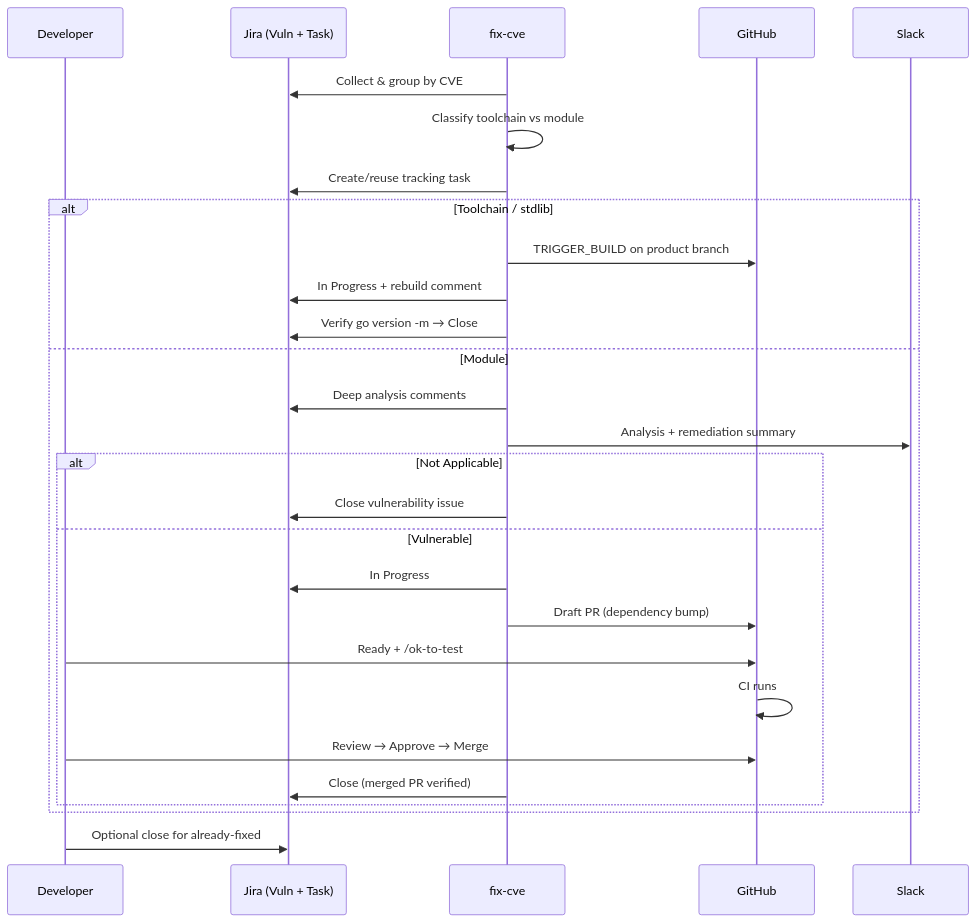
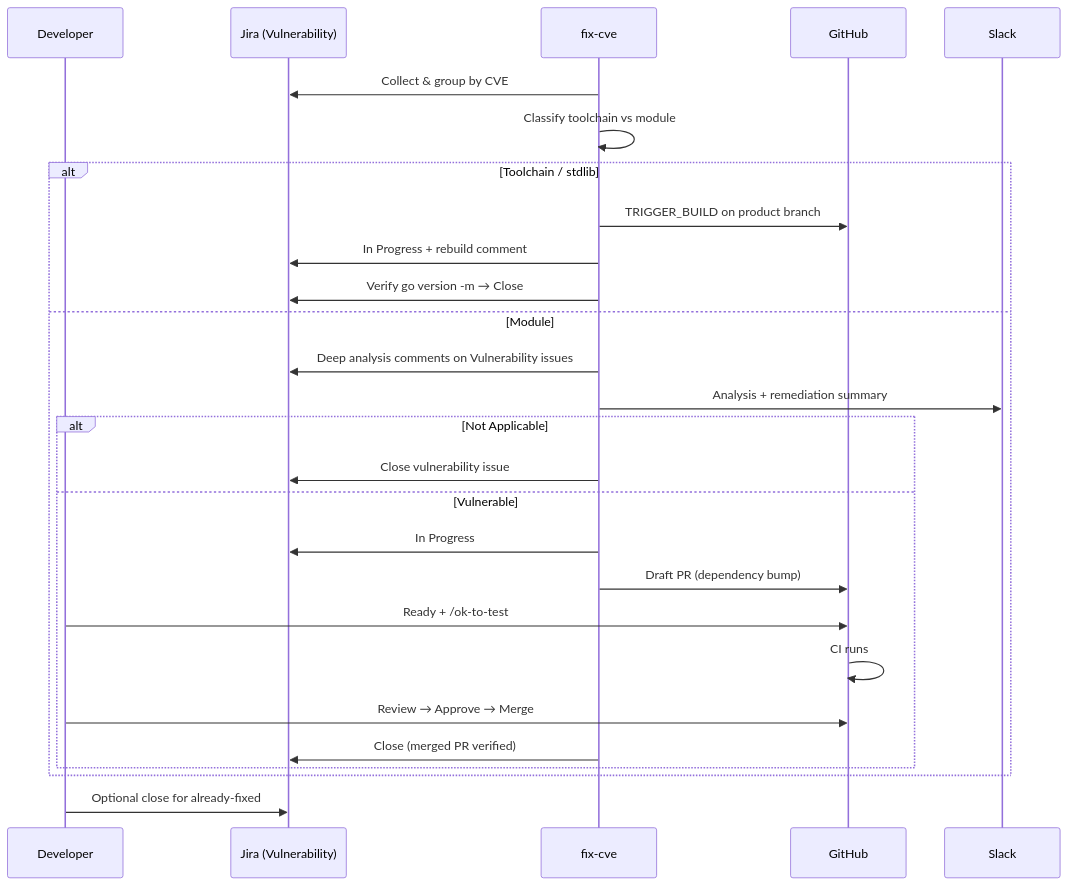
The second of 2 diagrams in docs/automated-cve-fix-developer-guide.md (rokej/server-foundation-agent), drawn with Mermaid before and after one commit. The commit also changed other lines of this file and 9 other files, not shown here.

First line of the commit message:
fix(cve): stop creating per-CVE tracking Tasks in Jira (#39)

````diff
--- a/docs/automated-cve-fix-developer-guide.md
+++ b/docs/automated-cve-fix-developer-guide.md
@@ -122,31 +121,30 @@
 ```mermaid
 sequenceDiagram
   participant Dev as Developer
-  participant Jira as Jira (Vuln + Task)
+  participant Jira as Jira (Vulnerability)
   participant CVE as fix-cve
   participant GH as GitHub
   participant Slack as Slack
 
   CVE->>Jira: Collect & group by CVE
   CVE->>CVE: Classify toolchain vs module
-  CVE->>Jira: Create/reuse tracking task
   alt Toolchain / stdlib
     CVE->>GH: TRIGGER_BUILD on product branch
     CVE->>Jira: In Progress + rebuild comment
     CVE->>Jira: Verify go version -m → Close
   else Module
-    CVE->>Jira: Deep analysis comments
+    CVE->>Jira: Deep analysis comments on Vulnerability issues
     CVE->>Slack: Analysis + remediation summary
     alt Not Applicable
       CVE->>Jira: Close vulnerability issue
     else Vulnerable
       CVE->>Jira: In Progress
       CVE->>GH: Draft PR (dependency bump)
       Dev->>GH: Ready + /ok-to-test
       GH->>GH: CI runs
       Dev->>GH: Review → Approve → Merge
       CVE->>Jira: Close (merged PR verified)
     end
   end
   Dev->>Jira: Optional close for already-fixed
 ```
````
